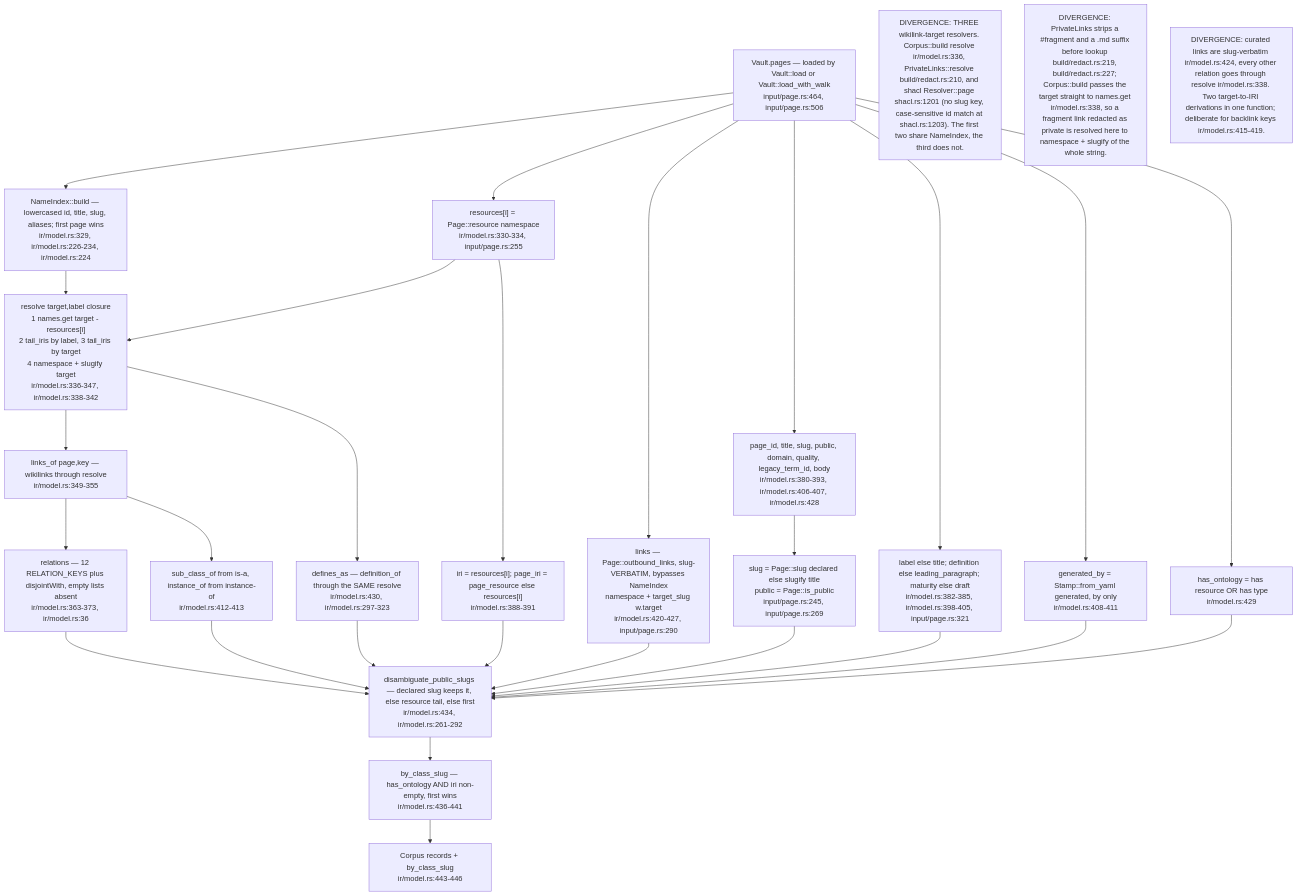
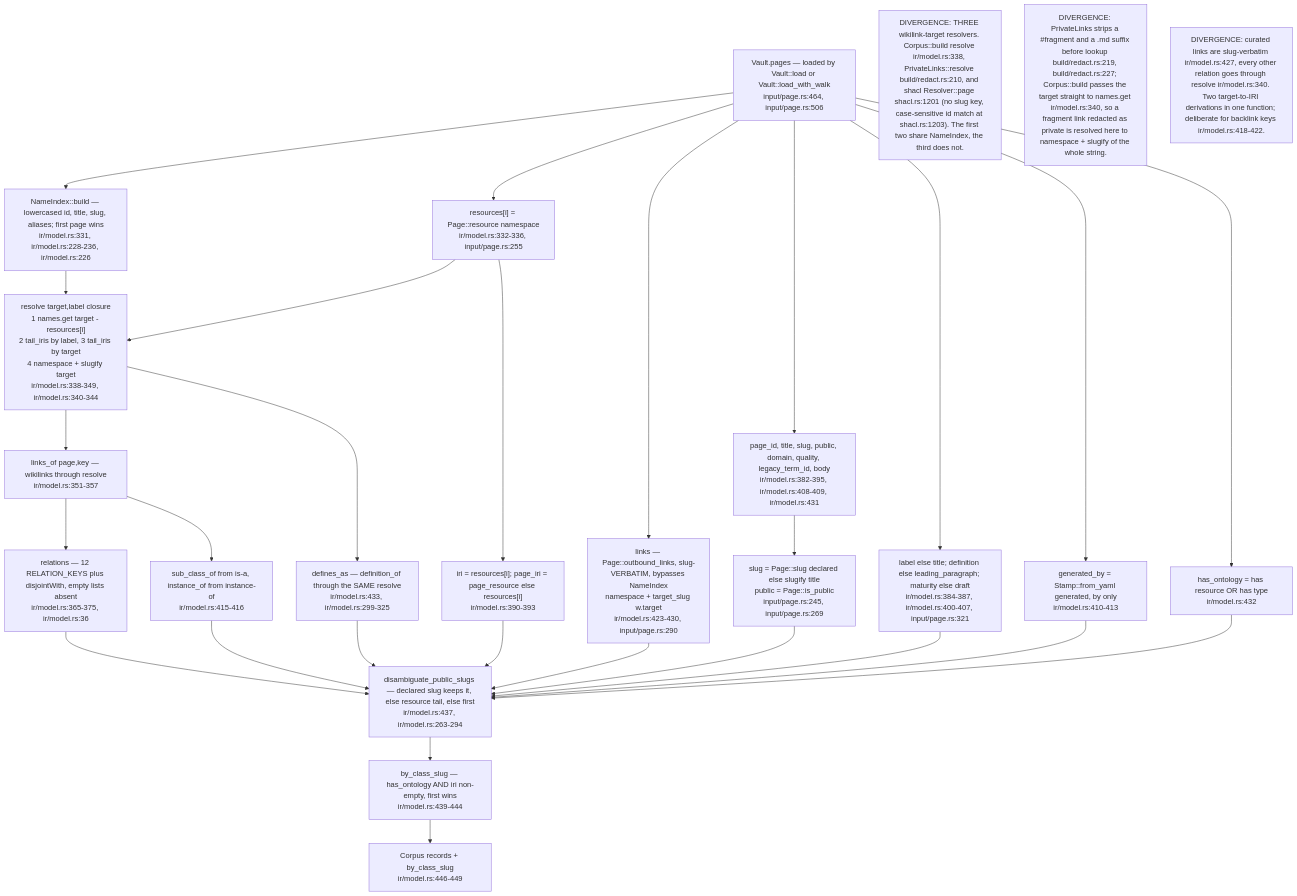
Before and after one commit to DreamLab-AI/VisionFlow: the first of 6 diagrams in docs/diagrams/ontomark/02-ir-corpus-projection-and-redaction.md, drawn with Mermaid. The commit also changed other lines of this file and 59 other files, not shown here.

First line of the commit message:
docs(diagrams): re-derive and re-stamp forum, website, pod, ontomark and sealmap topics

````diff
--- a/docs/diagrams/ontomark/02-ir-corpus-projection-and-redaction.md
+++ b/docs/diagrams/ontomark/02-ir-corpus-projection-and-redaction.md
@@ -33,45 +33,45 @@
 ```mermaid
 flowchart TD
     VAULT["Vault.pages — loaded by Vault::load or Vault::load_with_walk<br/>input/page.rs:464, input/page.rs:506"]
-    NAMES["NameIndex::build — lowercased id, title, slug, aliases; first page wins<br/>ir/model.rs:329, ir/model.rs:226-234, ir/model.rs:224"]
-    RES["resources[i] = Page::resource namespace<br/>ir/model.rs:330-334, input/page.rs:255"]
-    RESOLVE["resolve target,label closure<br/>1 names.get target - resources[i]<br/>2 tail_iris by label, 3 tail_iris by target<br/>4 namespace + slugify target<br/>ir/model.rs:336-347, ir/model.rs:338-342"]
-    LINKSOF["links_of page,key — wikilinks through resolve<br/>ir/model.rs:349-355"]
-    REL["relations — 12 RELATION_KEYS plus disjointWith, empty lists absent<br/>ir/model.rs:363-373, ir/model.rs:36"]
-    ISA["sub_class_of from is-a, instance_of from instance-of<br/>ir/model.rs:412-413"]
-    CURATED["links — Page::outbound_links, slug-VERBATIM, bypasses NameIndex<br/>namespace + target_slug w.target<br/>ir/model.rs:420-427, input/page.rs:290"]
-    DEFS["defines_as — definition_of through the SAME resolve<br/>ir/model.rs:430, ir/model.rs:297-323"]
-    SCALARS["page_id, title, slug, public, domain, quality, legacy_term_id, body<br/>ir/model.rs:380-393, ir/model.rs:406-407, ir/model.rs:428"]
+    NAMES["NameIndex::build — lowercased id, title, slug, aliases; first page wins<br/>ir/model.rs:331, ir/model.rs:228-236, ir/model.rs:226"]
+    RES["resources[i] = Page::resource namespace<br/>ir/model.rs:332-336, input/page.rs:255"]
+    RESOLVE["resolve target,label closure<br/>1 names.get target - resources[i]<br/>2 tail_iris by label, 3 tail_iris by target<br/>4 namespace + slugify target<br/>ir/model.rs:338-349, ir/model.rs:340-344"]
+    LINKSOF["links_of page,key — wikilinks through resolve<br/>ir/model.rs:351-357"]
+    REL["relations — 12 RELATION_KEYS plus disjointWith, empty lists absent<br/>ir/model.rs:365-375, ir/model.rs:36"]
+    ISA["sub_class_of from is-a, instance_of from instance-of<br/>ir/model.rs:415-416"]
+    CURATED["links — Page::outbound_links, slug-VERBATIM, bypasses NameIndex<br/>namespace + target_slug w.target<br/>ir/model.rs:423-430, input/page.rs:290"]
+    DEFS["defines_as — definition_of through the SAME resolve<br/>ir/model.rs:433, ir/model.rs:299-325"]
+    SCALARS["page_id, title, slug, public, domain, quality, legacy_term_id, body<br/>ir/model.rs:382-395, ir/model.rs:408-409, ir/model.rs:431"]
     SLUGSRC["slug = Page::slug declared else slugify title<br/>public = Page::is_public<br/>input/page.rs:245, input/page.rs:269"]
-    IRIS["iri = resources[i]; page_iri = page_resource else resources[i]<br/>ir/model.rs:388-391"]
-    TEXTS["label else title; definition else leading_paragraph; maturity else draft<br/>ir/model.rs:382-385, ir/model.rs:398-405, input/page.rs:321"]
-    GEN["generated_by = Stamp::from_yaml generated, by only<br/>ir/model.rs:408-411"]
-    HASONT["has_ontology = has resource OR has type<br/>ir/model.rs:429"]
-    DISAMB["disambiguate_public_slugs — declared slug keeps it, else resource tail, else first<br/>ir/model.rs:434, ir/model.rs:261-292"]
-    BYSLUG["by_class_slug — has_ontology AND iri non-empty, first wins<br/>ir/model.rs:436-441"]
-    OUT["Corpus records + by_class_slug<br/>ir/model.rs:443-446"]
+    IRIS["iri = resources[i]; page_iri = page_resource else resources[i]<br/>ir/model.rs:390-393"]
+    TEXTS["label else title; definition else leading_paragraph; maturity else draft<br/>ir/model.rs:384-387, ir/model.rs:400-407, input/page.rs:321"]
+    GEN["generated_by = Stamp::from_yaml generated, by only<br/>ir/model.rs:410-413"]
+    HASONT["has_ontology = has resource OR has type<br/>ir/model.rs:432"]
+    DISAMB["disambiguate_public_slugs — declared slug keeps it, else resource tail, else first<br/>ir/model.rs:437, ir/model.rs:263-294"]
+    BYSLUG["by_class_slug — has_ontology AND iri non-empty, first wins<br/>ir/model.rs:439-444"]
+    OUT["Corpus records + by_class_slug<br/>ir/model.rs:446-449"]
     VAULT --> NAMES --> RESOLVE
     VAULT --> RES --> RESOLVE
     RESOLVE --> LINKSOF --> REL
     LINKSOF --> ISA
     RESOLVE --> DEFS
     VAULT --> CURATED
     VAULT --> SCALARS --> SLUGSRC
     RES --> IRIS
     VAULT --> TEXTS
     VAULT --> GEN
     VAULT --> HASONT
     REL --> DISAMB
     ISA --> DISAMB
     CURATED --> DISAMB
     DEFS --> DISAMB
     SLUGSRC --> DISAMB
     IRIS --> DISAMB
     TEXTS --> DISAMB
     GEN --> DISAMB
     HASONT --> DISAMB
     DISAMB --> BYSLUG --> OUT
-    n1["DIVERGENCE: THREE wikilink-target resolvers. Corpus::build resolve ir/model.rs:336, PrivateLinks::resolve build/redact.rs:210, and shacl Resolver::page shacl.rs:1201 (no slug key, case-sensitive id match at shacl.rs:1203). The first two share NameIndex, the third does not."]
-    n2["DIVERGENCE: PrivateLinks strips a #fragment and a .md suffix before lookup build/redact.rs:219, build/redact.rs:227; Corpus::build passes the target straight to names.get ir/model.rs:338, so a fragment link redacted as private is resolved here to namespace + slugify of the whole string."]
-    n3["DIVERGENCE: curated links are slug-verbatim ir/model.rs:424, every other relation goes through resolve ir/model.rs:338. Two target-to-IRI derivations in one function; deliberate for backlink keys ir/model.rs:415-419."]
+    n1["DIVERGENCE: THREE wikilink-target resolvers. Corpus::build resolve ir/model.rs:338, PrivateLinks::resolve build/redact.rs:210, and shacl Resolver::page shacl.rs:1201 (no slug key, case-sensitive id match at shacl.rs:1203). The first two share NameIndex, the third does not."]
+    n2["DIVERGENCE: PrivateLinks strips a #fragment and a .md suffix before lookup build/redact.rs:219, build/redact.rs:227; Corpus::build passes the target straight to names.get ir/model.rs:340, so a fragment link redacted as private is resolved here to namespace + slugify of the whole string."]
+    n3["DIVERGENCE: curated links are slug-verbatim ir/model.rs:427, every other relation goes through resolve ir/model.rs:340. Two target-to-IRI derivations in one function; deliberate for backlink keys ir/model.rs:418-422."]
 ```
````
